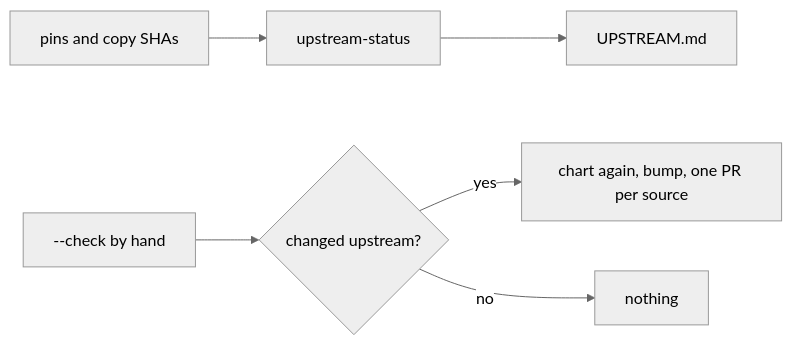
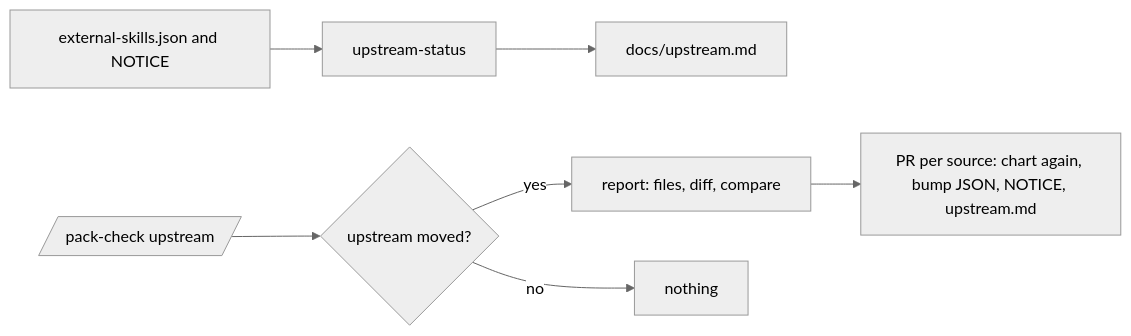
Before and after one commit to svennijhuis/agentPacks: the diagram in docs/pbi/squad/ps24-upstream-status.md, drawn with Mermaid (neutral theme). The commit also changed other lines of this file and 3 other files, not shown here.

Commit message:
docs(pbi): PS24 to PO spec: docs/upstream.md generated from JSON and NOTICE, /pack-check upstream report only, one source per PR, REF10, in-sync/behind/mismatch fixtures, gh-aw schedule disabled

````diff
--- a/docs/pbi/squad/ps24-upstream-status.md
+++ b/docs/pbi/squad/ps24-upstream-status.md
@@ -103,8 +111,9 @@
 ```mermaid
 flowchart LR
-  A[pins and copy SHAs] --> G[upstream-status]
-  G --> U[UPSTREAM.md]
-  C[--check by hand] --> L{"changed upstream?"}
-  L -->|yes| R[chart again, bump, one PR per source]
+  J[external-skills.json and NOTICE] --> G[upstream-status]
+  G --> U[docs/upstream.md]
+  C[/pack-check upstream/] --> L{"upstream moved?"}
+  L -->|yes| R[report: files, diff, compare]
+  R --> P[PR per source: chart again, bump JSON, NOTICE, upstream.md]
   L -->|no| N[nothing]
 ```
````
